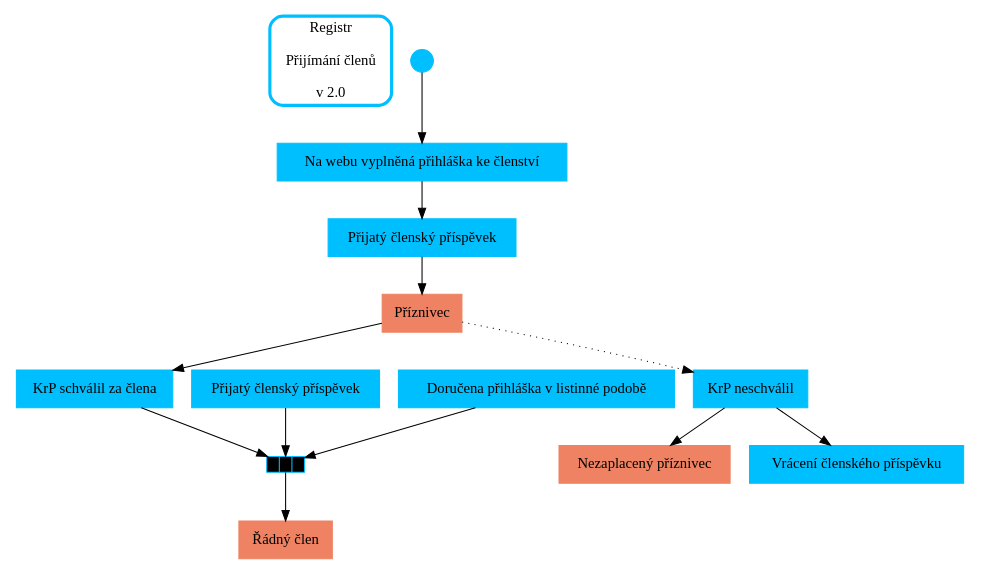
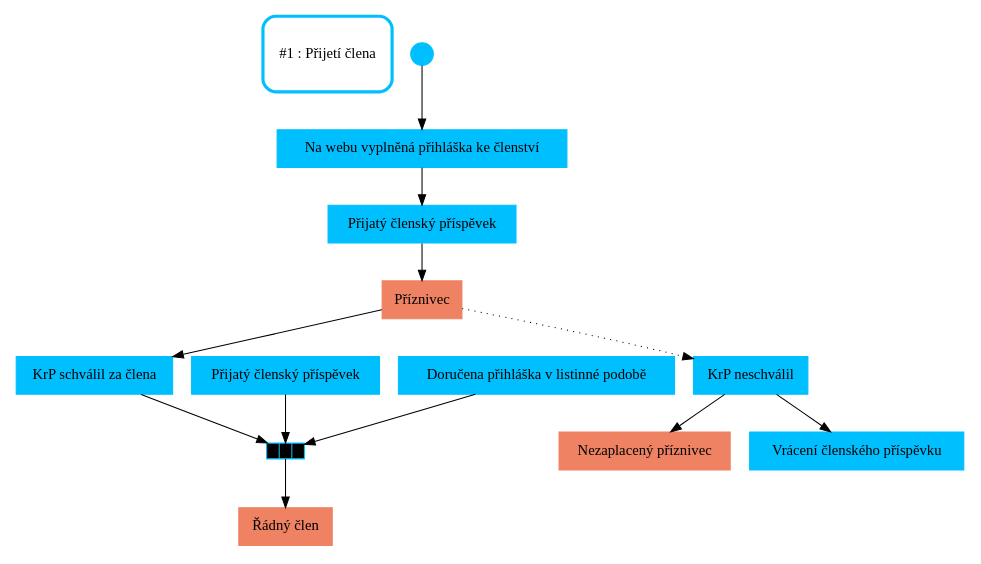
The diagram in _data/processes/01_prijeti_clena.dot (jstrachota/party_processes), drawn with Graphviz before and after one commit. The commit also changed 10 other files, not shown here.

```diff
--- a/_data/processes/01_prijeti_clena.dot
+++ b/_data/processes/01_prijeti_clena.dot
@@ -1,77 +1,34 @@
 digraph G {
-  graph [	fontname = "Helvetica-Oblique", size = "8,8"  ];
-  node [	shape = polygon,
+  graph [	fontname = "Helvetica-Oblique", size = "8,8" ];
+  node [ shape = polygon,
     sides = 4,
     color = deepskyblue,
     style = filled,
     fontname = "Helvetica-Outline" ];
 
-  owner [shape=rect style=rounded penwidth=3 height=1.0 label="Registr\n\nPřijímání členů\n\nv 2.0"]
-
+  owner [shape=rect style=rounded penwidth=3 height=1.0 label="#1 : Přijetí člena"]
 
   start -> zadost_o_clenstvi -> platba_prispevku_zajemce -> priznivec_zajemce -> prijeti -> splneni_podminek -> clen
 
-  #start -> nezaplaceny_priznivec -> prijeti_daru -> priznivec
-
-  # stavajici priznivec zada o clenstvi
-  #priznivec -> zadost_o_clenstvi_priznivce -> prijeti_priznivce -> splneni_podminek
   platba_prispevku -> splneni_podminek
   prijata_prihlaska -> splneni_podminek
-
-  # Priznivec nebyl prijat, je z nej nadale priznivce
-  #zadost_o_clenstvi_priznivce -> neprijeti_priznivce -> priznivec
 
   # Zajemce o clenstvi nebyl prijat, vracime prispevek a je z nej nezaplaceny priznivec
   priznivec_zajemce -> neprijeti_zajemce[style=dotted]
   neprijeti_zajemce -> nezaplaceny_priznivec
   neprijeti_zajemce -> vraceni_prispevku
 
-
-  # nezaplaceny priznivec zada o clenstvi
-  #nezaplaceny_priznivec -> zadost_o_clenstvi
-
-
-subgraph cluster_obnova {
-  # Prodlouzeni clenstvi
-  #clen -> clen_po_roce
-  #clen_po_roce -> platba_prispevku
-  #clen_po_roce -> nezaplaceny_priznivec[style=dotted]
-
-  # Prodlouzeni priznivectvi
-  #priznivec -> priznivec_po_roce
-  #priznivec_po_roce -> prijeti_daru
-  #priznivec_po_roce -> nezaplaceny_priznivec[style=dotted]
-}
-
-  # Ukonceni clenstvi na zadost
-  #clen -> priznivec[style=dotted,label="ukončil členství"]
-
-  # Vymazani udaju subjektu na zadost
-  #priznivec -> vymazani_udaju
-  #nezaplaceny_priznivec -> vymazani_udaju
-  #vymazani_udaju -> end
-
   start [shape=point height=0.3 label="Start"]
   nezaplaceny_priznivec [label="Nezaplacený příznivec", color=salmon2]
-  #clen_po_roce [label="Po roce", color=goldenrod2]
-  #priznivec_po_roce [label="Po roce", color=goldenrod2]
   clen [label="Řádný člen",color=salmon2]
-  #priznivec [label="Příznivec",color=salmon2]
-  #priznivec_zajemce [color=salmon2]
   zadost_o_clenstvi[label="Na webu vyplněná přihláška ke členství"]
-  #zadost_o_clenstvi_priznivce[label="Na webu vyplněná přihláška ke členství"]
   platba_prispevku[label="Přijatý členský příspěvek"]
-  #prijeti_daru[label="Přijatý dar od příznivce"]
   platba_prispevku_zajemce[label="Přijatý členský příspěvek"]
   priznivec_zajemce[label="Příznivec", color=salmon2]
   neprijeti_zajemce[label="KrP neschválil"]
-  #neprijeti_priznivce[label="KrP neschválil"]
   prijeti[label="KrP schválil za člena"]
-  #prijeti_priznivce[label="KrP schválil za člena"]
   vraceni_prispevku[label="Vrácení členského příspěvku"]
   prijata_prihlaska[label="Doručena přihláška v listinné podobě"]
-  #vymazani_udaju[label="Vymazání údajů na žádost"]
   splneni_podminek[ shape = "record", height = 0.05, width = 0.5, margin = "0,0", style = "filled", label = "<f0>|<f1>|<f2>", fillcolor="black" ]
-  #end [shape=point height=0.3 label="Konec"]
 
 }
```
